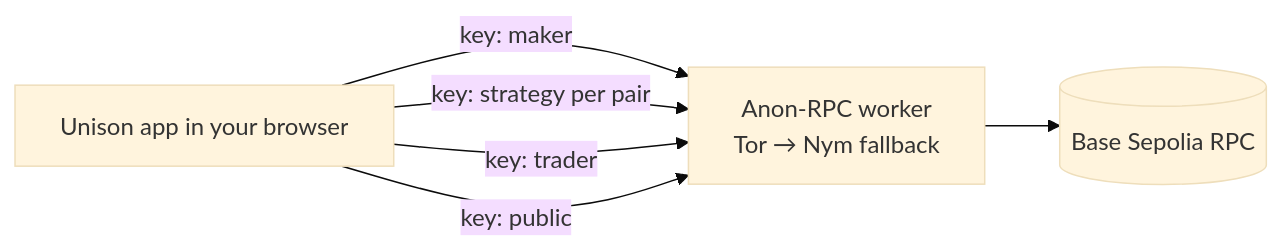
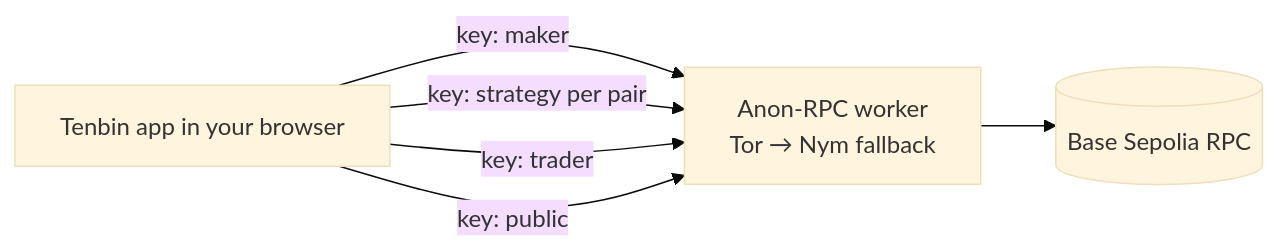
Before and after one commit to Abhist17/mohur: the seventh of 7 diagrams in docs/explained.md, drawn with Mermaid (base theme). The commit also changed other lines of this file and 157 other files, not shown here.

````diff
--- a/docs/explained.md
+++ b/docs/explained.md
@@ -227,8 +227,8 @@
 ```mermaid
 flowchart LR
-    App[Unison app in your browser] -->|"key: maker"| AR
+    App[Tenbin app in your browser] -->|"key: maker"| AR
     App -->|"key: strategy per pair"| AR
     App -->|"key: trader"| AR
     App -->|"key: public"| AR
     AR[Anon-RPC worker<br/>Tor → Nym fallback] --> RPC[(Base Sepolia RPC)]
 ```
````
